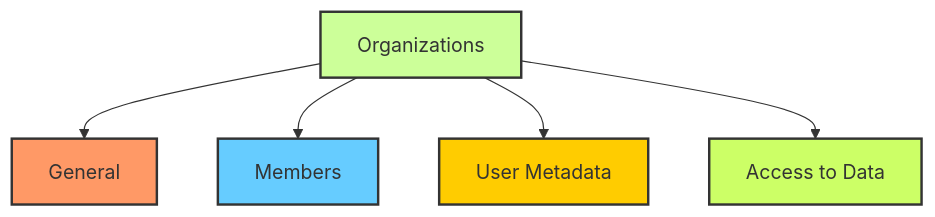
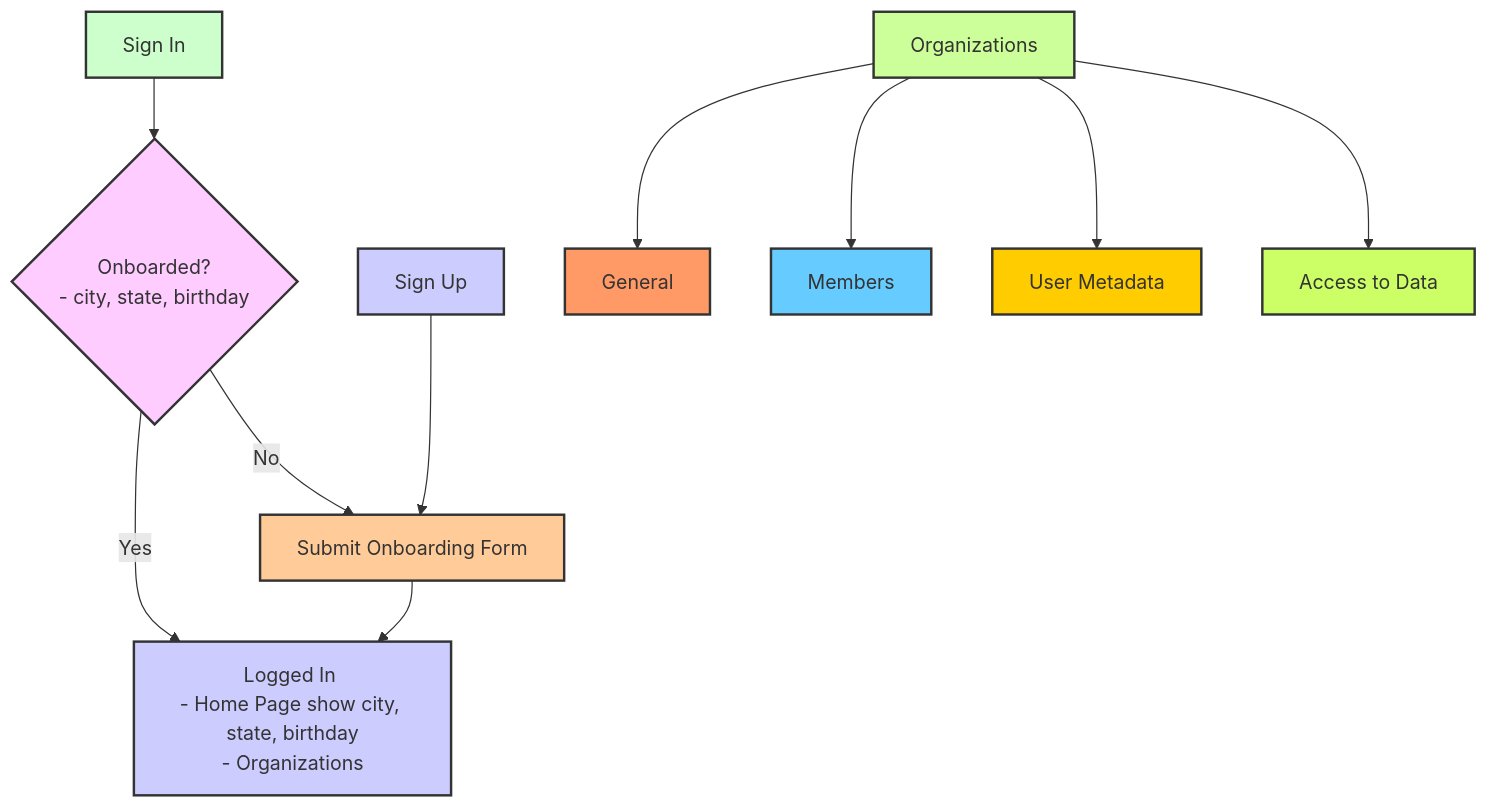
One commit to sun2ii/clerk-trial changed the diagram in architecture/flow.md. Above: the diagram before and after it, drawn with Mermaid. The commit also changed other lines of this file and 2 other files, not shown here.

Commit message:
diagram clean up

````diff
--- a/architecture/flow.md
+++ b/architecture/flow.md
@@ -5,26 +5,26 @@
 ```mermaid 
 graph TD
     %% Login Flow 
-    %% A[Sign In] --> O{Onboarded?\n- city, state, birthday}
-    %% O --> |Yes|L[Logged In \n- Home Page show city, state, birthday\n- Organizations]
-    %% O --> |No|C[Submit Onboarding Form]
-    %% C --> L
-    %% B[Sign Up] --> C
+    A[Sign In] --> O{Onboarded?\n- city, state, birthday}
+    O --> |Yes|L[Logged In \n- Home Page show city, state, birthday\n- Organizations]
+    O --> |No|C[Submit Onboarding Form]
+    C --> L
+    B[Sign Up] --> C
 
   %% %% Organization Flow
     I[Organizations] --> J[General]
     I --> K[Members]
     I --> M[User Metadata]
     I --> N[Access to Data]
 
-    %% style A fill:#ccffcc,stroke:#333,stroke-width:2px
-    %% style O fill:#ccffcc,stroke:#333,stroke-width:2px
-    %% style L fill:#ccccff,stroke:#333,stroke-width:2px
-    %% style C fill:#ffcc99,stroke:#333,stroke-width:2px
-    %% style B fill:#ccffcc,stroke:#333,stroke-width:2px
+    style A fill:#ccffcc,stroke:#333,stroke-width:2px
+    style O fill:#ffccff,stroke:#333,stroke-width:2px
+    style L fill:#ccccff,stroke:#333,stroke-width:2px
+    style C fill:#ffcc99,stroke:#333,stroke-width:2px
+    style B fill:#ccff,stroke:#333,stroke-width:2px
     style I fill:#ccff99,stroke:#333,stroke-width:2px
     style J fill:#ff9966,stroke:#333,stroke-width:2px
     style K fill:#66ccff,stroke:#333,stroke-width:2px
     style M fill:#ffcc00,stroke:#333,stroke-width:2px
     style N fill:#ccff66,stroke:#333,stroke-width:2px
 ```
````
